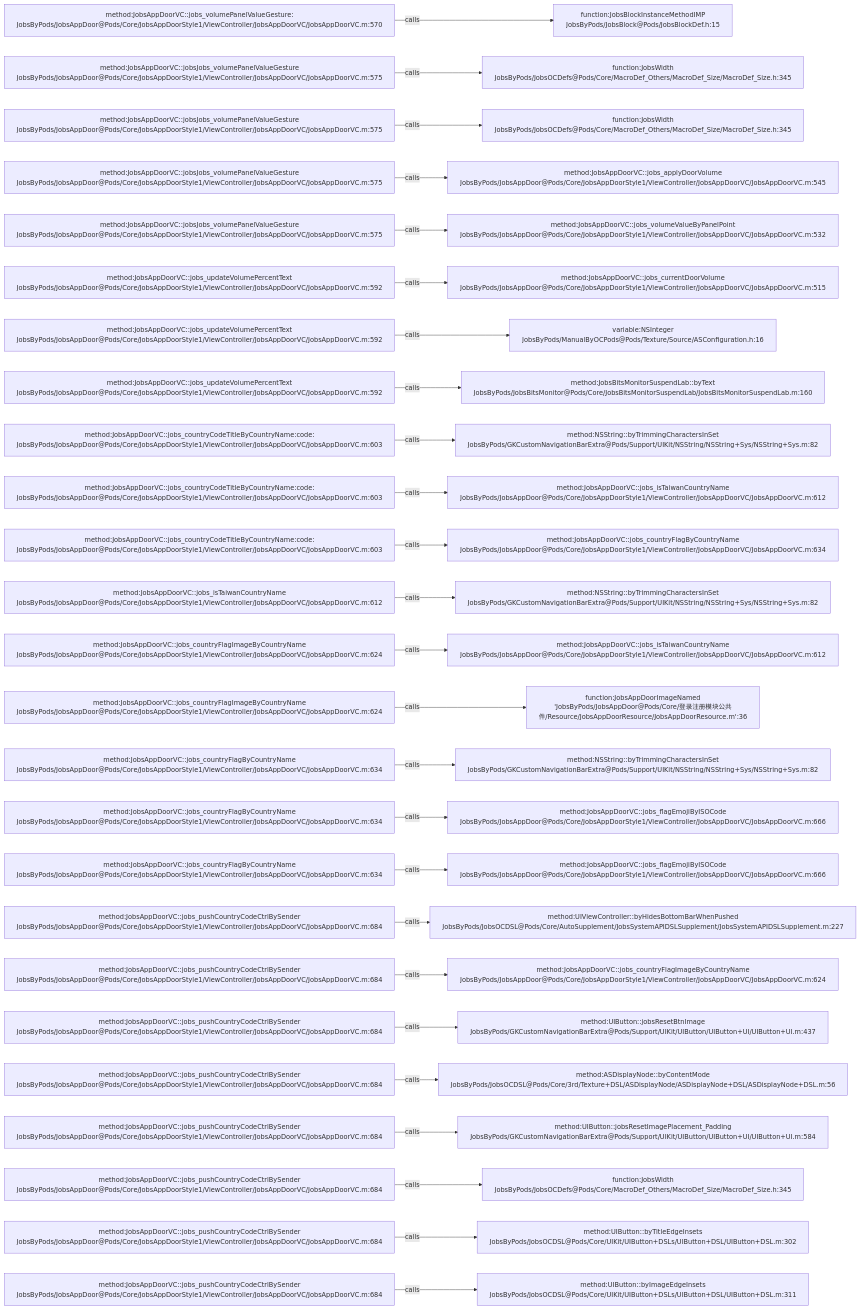
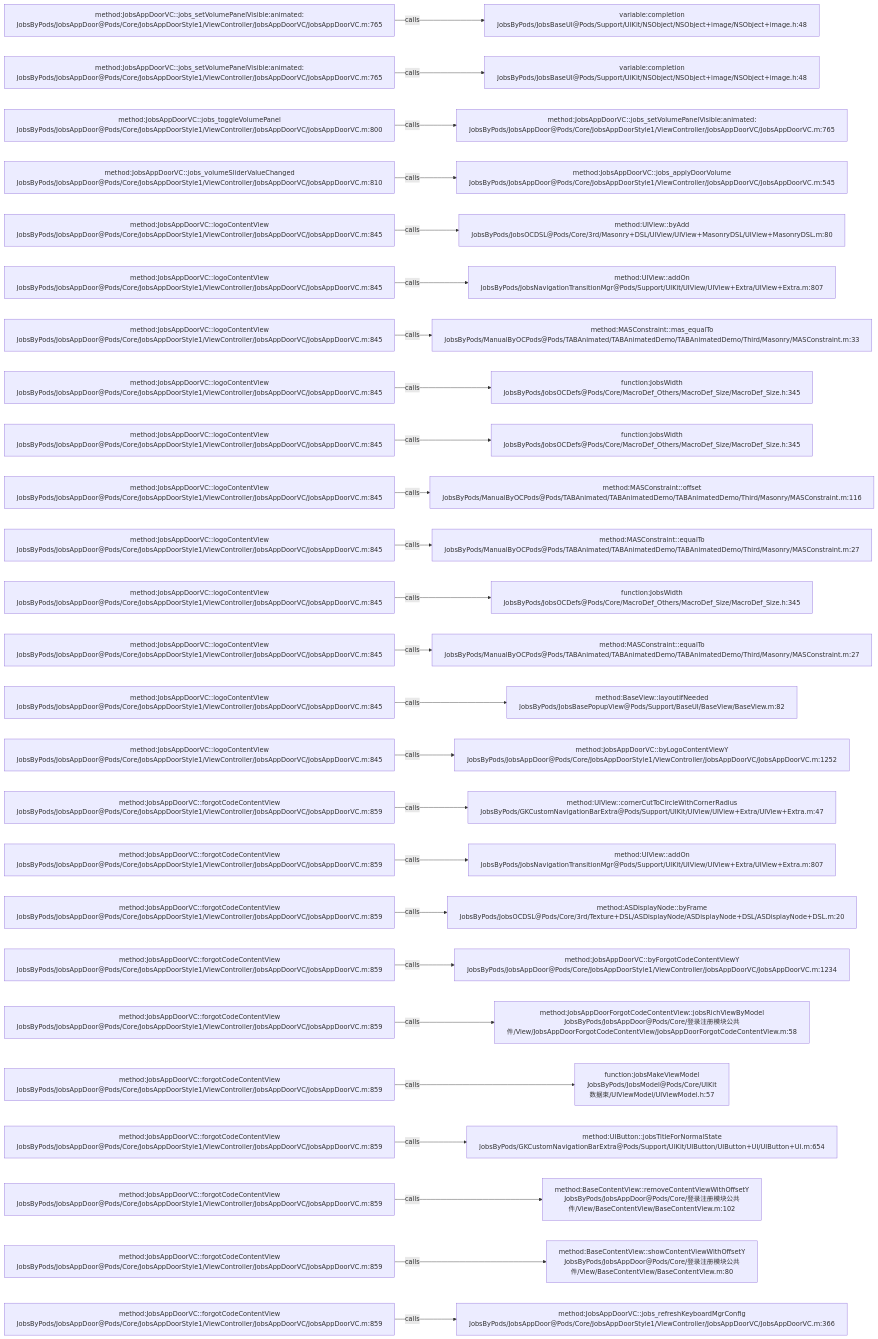
The diagram in .codegraph/codegraph.md/graphs/calls-111.md (JobsKits/JobsOCBaseConfigDemo), drawn with Mermaid before and after one commit. The commit also changed 223 other files, not shown here.

````diff
--- a/.codegraph/codegraph.md/graphs/calls-111.md
+++ b/.codegraph/codegraph.md/graphs/calls-111.md
@@ -13,78 +13,78 @@
 ```mermaid
 flowchart LR
-  S1["method:JobsAppDoorVC::jobs_volumePanelValueGesture:<br/>JobsByPods/JobsAppDoor@Pods/Core/JobsAppDoorStyle1/ViewController/JobsAppDoorVC/JobsAppDoorVC.m:570"]
-  T1["function:JobsBlockInstanceMethodIMP<br/>JobsByPods/JobsBlock@Pods/JobsBlockDef.h:15"]
+  S1["method:JobsAppDoorVC::jobs_setVolumePanelVisible:animated:<br/>JobsByPods/JobsAppDoor@Pods/Core/JobsAppDoorStyle1/ViewController/JobsAppDoorVC/JobsAppDoorVC.m:765"]
+  T1["variable:completion<br/>JobsByPods/JobsBaseUI@Pods/Support/UIKit/NSObject/NSObject+image/NSObject+image.h:48"]
   S1 -->|calls| T1
-  S2["method:JobsAppDoorVC::jobsJobs_volumePanelValueGesture<br/>JobsByPods/JobsAppDoor@Pods/Core/JobsAppDoorStyle1/ViewController/JobsAppDoorVC/JobsAppDoorVC.m:575"]
-  T2["function:JobsWidth<br/>JobsByPods/JobsOCDefs@Pods/Core/MacroDef_Others/MacroDef_Size/MacroDef_Size.h:345"]
+  S2["method:JobsAppDoorVC::jobs_setVolumePanelVisible:animated:<br/>JobsByPods/JobsAppDoor@Pods/Core/JobsAppDoorStyle1/ViewController/JobsAppDoorVC/JobsAppDoorVC.m:765"]
+  T2["variable:completion<br/>JobsByPods/JobsBaseUI@Pods/Support/UIKit/NSObject/NSObject+image/NSObject+image.h:48"]
   S2 -->|calls| T2
-  S3["method:JobsAppDoorVC::jobsJobs_volumePanelValueGesture<br/>JobsByPods/JobsAppDoor@Pods/Core/JobsAppDoorStyle1/ViewController/JobsAppDoorVC/JobsAppDoorVC.m:575"]
-  T3["function:JobsWidth<br/>JobsByPods/JobsOCDefs@Pods/Core/MacroDef_Others/MacroDef_Size/MacroDef_Size.h:345"]
+  S3["method:JobsAppDoorVC::jobs_toggleVolumePanel<br/>JobsByPods/JobsAppDoor@Pods/Core/JobsAppDoorStyle1/ViewController/JobsAppDoorVC/JobsAppDoorVC.m:800"]
+  T3["method:JobsAppDoorVC::jobs_setVolumePanelVisible:animated:<br/>JobsByPods/JobsAppDoor@Pods/Core/JobsAppDoorStyle1/ViewController/JobsAppDoorVC/JobsAppDoorVC.m:765"]
   S3 -->|calls| T3
-  S4["method:JobsAppDoorVC::jobsJobs_volumePanelValueGesture<br/>JobsByPods/JobsAppDoor@Pods/Core/JobsAppDoorStyle1/ViewController/JobsAppDoorVC/JobsAppDoorVC.m:575"]
+  S4["method:JobsAppDoorVC::jobs_volumeSliderValueChanged<br/>JobsByPods/JobsAppDoor@Pods/Core/JobsAppDoorStyle1/ViewController/JobsAppDoorVC/JobsAppDoorVC.m:810"]
   T4["method:JobsAppDoorVC::jobs_applyDoorVolume<br/>JobsByPods/JobsAppDoor@Pods/Core/JobsAppDoorStyle1/ViewController/JobsAppDoorVC/JobsAppDoorVC.m:545"]
   S4 -->|calls| T4
-  S5["method:JobsAppDoorVC::jobsJobs_volumePanelValueGesture<br/>JobsByPods/JobsAppDoor@Pods/Core/JobsAppDoorStyle1/ViewController/JobsAppDoorVC/JobsAppDoorVC.m:575"]
-  T5["method:JobsAppDoorVC::jobs_volumeValueByPanelPoint<br/>JobsByPods/JobsAppDoor@Pods/Core/JobsAppDoorStyle1/ViewController/JobsAppDoorVC/JobsAppDoorVC.m:532"]
+  S5["method:JobsAppDoorVC::logoContentView<br/>JobsByPods/JobsAppDoor@Pods/Core/JobsAppDoorStyle1/ViewController/JobsAppDoorVC/JobsAppDoorVC.m:845"]
+  T5["method:UIView::byAdd<br/>JobsByPods/JobsOCDSL@Pods/Core/3rd/Masonry+DSL/UIView/UIView+MasonryDSL/UIView+MasonryDSL.m:80"]
   S5 -->|calls| T5
-  S6["method:JobsAppDoorVC::jobs_updateVolumePercentText<br/>JobsByPods/JobsAppDoor@Pods/Core/JobsAppDoorStyle1/ViewController/JobsAppDoorVC/JobsAppDoorVC.m:592"]
-  T6["method:JobsAppDoorVC::jobs_currentDoorVolume<br/>JobsByPods/JobsAppDoor@Pods/Core/JobsAppDoorStyle1/ViewController/JobsAppDoorVC/JobsAppDoorVC.m:515"]
+  S6["method:JobsAppDoorVC::logoContentView<br/>JobsByPods/JobsAppDoor@Pods/Core/JobsAppDoorStyle1/ViewController/JobsAppDoorVC/JobsAppDoorVC.m:845"]
+  T6["method:UIView::addOn<br/>JobsByPods/JobsNavigationTransitionMgr@Pods/Support/UIKit/UIView/UIView+Extra/UIView+Extra.m:807"]
   S6 -->|calls| T6
-  S7["method:JobsAppDoorVC::jobs_updateVolumePercentText<br/>JobsByPods/JobsAppDoor@Pods/Core/JobsAppDoorStyle1/ViewController/JobsAppDoorVC/JobsAppDoorVC.m:592"]
-  T7["variable:NSInteger<br/>JobsByPods/ManualByOCPods@Pods/Texture/Source/ASConfiguration.h:16"]
+  S7["method:JobsAppDoorVC::logoContentView<br/>JobsByPods/JobsAppDoor@Pods/Core/JobsAppDoorStyle1/ViewController/JobsAppDoorVC/JobsAppDoorVC.m:845"]
+  T7["method:MASConstraint::mas_equalTo<br/>JobsByPods/ManualByOCPods@Pods/TABAnimated/TABAnimatedDemo/TABAnimatedDemo/Third/Masonry/MASConstraint.m:33"]
   S7 -->|calls| T7
-  S8["method:JobsAppDoorVC::jobs_updateVolumePercentText<br/>JobsByPods/JobsAppDoor@Pods/Core/JobsAppDoorStyle1/ViewController/JobsAppDoorVC/JobsAppDoorVC.m:592"]
-  T8["method:JobsBitsMonitorSuspendLab::byText<br/>JobsByPods/JobsBitsMonitor@Pods/Core/JobsBitsMonitorSuspendLab/JobsBitsMonitorSuspendLab.m:160"]
+  S8["method:JobsAppDoorVC::logoContentView<br/>JobsByPods/JobsAppDoor@Pods/Core/JobsAppDoorStyle1/ViewController/JobsAppDoorVC/JobsAppDoorVC.m:845"]
+  T8["function:JobsWidth<br/>JobsByPods/JobsOCDefs@Pods/Core/MacroDef_Others/MacroDef_Size/MacroDef_Size.h:345"]
   S8 -->|calls| T8
-  S9["method:JobsAppDoorVC::jobs_countryCodeTitleByCountryName:code:<br/>JobsByPods/JobsAppDoor@Pods/Core/JobsAppDoorStyle1/ViewController/JobsAppDoorVC/JobsAppDoorVC.m:603"]
-  T9["method:NSString::byTrimmingCharactersInSet<br/>JobsByPods/GKCustomNavigationBarExtra@Pods/Support/UIKit/NSString/NSString+Sys/NSString+Sys.m:82"]
+  S9["method:JobsAppDoorVC::logoContentView<br/>JobsByPods/JobsAppDoor@Pods/Core/JobsAppDoorStyle1/ViewController/JobsAppDoorVC/JobsAppDoorVC.m:845"]
+  T9["function:JobsWidth<br/>JobsByPods/JobsOCDefs@Pods/Core/MacroDef_Others/MacroDef_Size/MacroDef_Size.h:345"]
   S9 -->|calls| T9
-  S10["method:JobsAppDoorVC::jobs_countryCodeTitleByCountryName:code:<br/>JobsByPods/JobsAppDoor@Pods/Core/JobsAppDoorStyle1/ViewController/JobsAppDoorVC/JobsAppDoorVC.m:603"]
-  T10["method:JobsAppDoorVC::jobs_isTaiwanCountryName<br/>JobsByPods/JobsAppDoor@Pods/Core/JobsAppDoorStyle1/ViewController/JobsAppDoorVC/JobsAppDoorVC.m:612"]
+  S10["method:JobsAppDoorVC::logoContentView<br/>JobsByPods/JobsAppDoor@Pods/Core/JobsAppDoorStyle1/ViewController/JobsAppDoorVC/JobsAppDoorVC.m:845"]
+  T10["method:MASConstraint::offset<br/>JobsByPods/ManualByOCPods@Pods/TABAnimated/TABAnimatedDemo/TABAnimatedDemo/Third/Masonry/MASConstraint.m:116"]
   S10 -->|calls| T10
-  S11["method:JobsAppDoorVC::jobs_countryCodeTitleByCountryName:code:<br/>JobsByPods/JobsAppDoor@Pods/Core/JobsAppDoorStyle1/ViewController/JobsAppDoorVC/JobsAppDoorVC.m:603"]
-  T11["method:JobsAppDoorVC::jobs_countryFlagByCountryName<br/>JobsByPods/JobsAppDoor@Pods/Core/JobsAppDoorStyle1/ViewController/JobsAppDoorVC/JobsAppDoorVC.m:634"]
+  S11["method:JobsAppDoorVC::logoContentView<br/>JobsByPods/JobsAppDoor@Pods/Core/JobsAppDoorStyle1/ViewController/JobsAppDoorVC/JobsAppDoorVC.m:845"]
+  T11["method:MASConstraint::equalTo<br/>JobsByPods/ManualByOCPods@Pods/TABAnimated/TABAnimatedDemo/TABAnimatedDemo/Third/Masonry/MASConstraint.m:27"]
   S11 -->|calls| T11
-  S12["method:JobsAppDoorVC::jobs_isTaiwanCountryName<br/>JobsByPods/JobsAppDoor@Pods/Core/JobsAppDoorStyle1/ViewController/JobsAppDoorVC/JobsAppDoorVC.m:612"]
-  T12["method:NSString::byTrimmingCharactersInSet<br/>JobsByPods/GKCustomNavigationBarExtra@Pods/Support/UIKit/NSString/NSString+Sys/NSString+Sys.m:82"]
+  S12["method:JobsAppDoorVC::logoContentView<br/>JobsByPods/JobsAppDoor@Pods/Core/JobsAppDoorStyle1/ViewController/JobsAppDoorVC/JobsAppDoorVC.m:845"]
+  T12["function:JobsWidth<br/>JobsByPods/JobsOCDefs@Pods/Core/MacroDef_Others/MacroDef_Size/MacroDef_Size.h:345"]
   S12 -->|calls| T12
-  S13["method:JobsAppDoorVC::jobs_countryFlagImageByCountryName<br/>JobsByPods/JobsAppDoor@Pods/Core/JobsAppDoorStyle1/ViewController/JobsAppDoorVC/JobsAppDoorVC.m:624"]
-  T13["method:JobsAppDoorVC::jobs_isTaiwanCountryName<br/>JobsByPods/JobsAppDoor@Pods/Core/JobsAppDoorStyle1/ViewController/JobsAppDoorVC/JobsAppDoorVC.m:612"]
+  S13["method:JobsAppDoorVC::logoContentView<br/>JobsByPods/JobsAppDoor@Pods/Core/JobsAppDoorStyle1/ViewController/JobsAppDoorVC/JobsAppDoorVC.m:845"]
+  T13["method:MASConstraint::equalTo<br/>JobsByPods/ManualByOCPods@Pods/TABAnimated/TABAnimatedDemo/TABAnimatedDemo/Third/Masonry/MASConstraint.m:27"]
   S13 -->|calls| T13
-  S14["method:JobsAppDoorVC::jobs_countryFlagImageByCountryName<br/>JobsByPods/JobsAppDoor@Pods/Core/JobsAppDoorStyle1/ViewController/JobsAppDoorVC/JobsAppDoorVC.m:624"]
-  T14["function:JobsAppDoorImageNamed<br/>'JobsByPods/JobsAppDoor@Pods/Core/登录注册模块公共件/Resource/JobsAppDoorResource/JobsAppDoorResource.m':36"]
+  S14["method:JobsAppDoorVC::logoContentView<br/>JobsByPods/JobsAppDoor@Pods/Core/JobsAppDoorStyle1/ViewController/JobsAppDoorVC/JobsAppDoorVC.m:845"]
+  T14["method:BaseView::layoutIfNeeded<br/>JobsByPods/JobsBasePopupView@Pods/Support/BaseUI/BaseView/BaseView.m:82"]
   S14 -->|calls| T14
-  S15["method:JobsAppDoorVC::jobs_countryFlagByCountryName<br/>JobsByPods/JobsAppDoor@Pods/Core/JobsAppDoorStyle1/ViewController/JobsAppDoorVC/JobsAppDoorVC.m:634"]
-  T15["method:NSString::byTrimmingCharactersInSet<br/>JobsByPods/GKCustomNavigationBarExtra@Pods/Support/UIKit/NSString/NSString+Sys/NSString+Sys.m:82"]
+  S15["method:JobsAppDoorVC::logoContentView<br/>JobsByPods/JobsAppDoor@Pods/Core/JobsAppDoorStyle1/ViewController/JobsAppDoorVC/JobsAppDoorVC.m:845"]
+  T15["method:JobsAppDoorVC::byLogoContentViewY<br/>JobsByPods/JobsAppDoor@Pods/Core/JobsAppDoorStyle1/ViewController/JobsAppDoorVC/JobsAppDoorVC.m:1252"]
   S15 -->|calls| T15
-  S16["method:JobsAppDoorVC::jobs_countryFlagByCountryName<br/>JobsByPods/JobsAppDoor@Pods/Core/JobsAppDoorStyle1/ViewController/JobsAppDoorVC/JobsAppDoorVC.m:634"]
-  T16["method:JobsAppDoorVC::jobs_flagEmojiByISOCode<br/>JobsByPods/JobsAppDoor@Pods/Core/JobsAppDoorStyle1/ViewController/JobsAppDoorVC/JobsAppDoorVC.m:666"]
+  S16["method:JobsAppDoorVC::forgotCodeContentView<br/>JobsByPods/JobsAppDoor@Pods/Core/JobsAppDoorStyle1/ViewController/JobsAppDoorVC/JobsAppDoorVC.m:859"]
+  T16["method:UIView::cornerCutToCircleWithCornerRadius<br/>JobsByPods/GKCustomNavigationBarExtra@Pods/Support/UIKit/UIView/UIView+Extra/UIView+Extra.m:47"]
   S16 -->|calls| T16
-  S17["method:JobsAppDoorVC::jobs_countryFlagByCountryName<br/>JobsByPods/JobsAppDoor@Pods/Core/JobsAppDoorStyle1/ViewController/JobsAppDoorVC/JobsAppDoorVC.m:634"]
-  T17["method:JobsAppDoorVC::jobs_flagEmojiByISOCode<br/>JobsByPods/JobsAppDoor@Pods/Core/JobsAppDoorStyle1/ViewController/JobsAppDoorVC/JobsAppDoorVC.m:666"]
+  S17["method:JobsAppDoorVC::forgotCodeContentView<br/>JobsByPods/JobsAppDoor@Pods/Core/JobsAppDoorStyle1/ViewController/JobsAppDoorVC/JobsAppDoorVC.m:859"]
+  T17["method:UIView::addOn<br/>JobsByPods/JobsNavigationTransitionMgr@Pods/Support/UIKit/UIView/UIView+Extra/UIView+Extra.m:807"]
   S17 -->|calls| T17
-  S18["method:JobsAppDoorVC::jobs_pushCountryCodeCtrlBySender<br/>JobsByPods/JobsAppDoor@Pods/Core/JobsAppDoorStyle1/ViewController/JobsAppDoorVC/JobsAppDoorVC.m:684"]
-  T18["method:UIViewController::byHidesBottomBarWhenPushed<br/>JobsByPods/JobsOCDSL@Pods/Core/AutoSupplement/JobsSystemAPIDSLSupplement/JobsSystemAPIDSLSupplement.m:227"]
+  S18["method:JobsAppDoorVC::forgotCodeContentView<br/>JobsByPods/JobsAppDoor@Pods/Core/JobsAppDoorStyle1/ViewController/JobsAppDoorVC/JobsAppDoorVC.m:859"]
+  T18["method:ASDisplayNode::byFrame<br/>JobsByPods/JobsOCDSL@Pods/Core/3rd/Texture+DSL/ASDisplayNode/ASDisplayNode+DSL/ASDisplayNode+DSL.m:20"]
   S18 -->|calls| T18
-  S19["method:JobsAppDoorVC::jobs_pushCountryCodeCtrlBySender<br/>JobsByPods/JobsAppDoor@Pods/Core/JobsAppDoorStyle1/ViewController/JobsAppDoorVC/JobsAppDoorVC.m:684"]
-  T19["method:JobsAppDoorVC::jobs_countryFlagImageByCountryName<br/>JobsByPods/JobsAppDoor@Pods/Core/JobsAppDoorStyle1/ViewController/JobsAppDoorVC/JobsAppDoorVC.m:624"]
+  S19["method:JobsAppDoorVC::forgotCodeContentView<br/>JobsByPods/JobsAppDoor@Pods/Core/JobsAppDoorStyle1/ViewController/JobsAppDoorVC/JobsAppDoorVC.m:859"]
+  T19["method:JobsAppDoorVC::byForgotCodeContentViewY<br/>JobsByPods/JobsAppDoor@Pods/Core/JobsAppDoorStyle1/ViewController/JobsAppDoorVC/JobsAppDoorVC.m:1234"]
   S19 -->|calls| T19
-  S20["method:JobsAppDoorVC::jobs_pushCountryCodeCtrlBySender<br/>JobsByPods/JobsAppDoor@Pods/Core/JobsAppDoorStyle1/ViewController/JobsAppDoorVC/JobsAppDoorVC.m:684"]
-  T20["method:UIButton::jobsResetBtnImage<br/>JobsByPods/GKCustomNavigationBarExtra@Pods/Support/UIKit/UIButton/UIButton+UI/UIButton+UI.m:437"]
+  S20["method:JobsAppDoorVC::forgotCodeContentView<br/>JobsByPods/JobsAppDoor@Pods/Core/JobsAppDoorStyle1/ViewController/JobsAppDoorVC/JobsAppDoorVC.m:859"]
+  T20["method:JobsAppDoorForgotCodeContentView::jobsRichViewByModel<br/>JobsByPods/JobsAppDoor@Pods/Core/登录注册模块公共件/View/JobsAppDoorForgotCodeContentView/JobsAppDoorForgotCodeContentView.m:58"]
   S20 -->|calls| T20
-  S21["method:JobsAppDoorVC::jobs_pushCountryCodeCtrlBySender<br/>JobsByPods/JobsAppDoor@Pods/Core/JobsAppDoorStyle1/ViewController/JobsAppDoorVC/JobsAppDoorVC.m:684"]
-  T21["method:ASDisplayNode::byContentMode<br/>JobsByPods/JobsOCDSL@Pods/Core/3rd/Texture+DSL/ASDisplayNode/ASDisplayNode+DSL/ASDisplayNode+DSL.m:56"]
+  S21["method:JobsAppDoorVC::forgotCodeContentView<br/>JobsByPods/JobsAppDoor@Pods/Core/JobsAppDoorStyle1/ViewController/JobsAppDoorVC/JobsAppDoorVC.m:859"]
+  T21["function:jobsMakeViewModel<br/>JobsByPods/JobsModel@Pods/Core/UIKit数据束/UIViewModel/UIViewModel.h:57"]
   S21 -->|calls| T21
-  S22["method:JobsAppDoorVC::jobs_pushCountryCodeCtrlBySender<br/>JobsByPods/JobsAppDoor@Pods/Core/JobsAppDoorStyle1/ViewController/JobsAppDoorVC/JobsAppDoorVC.m:684"]
-  T22["method:UIButton::jobsResetImagePlacement_Padding<br/>JobsByPods/GKCustomNavigationBarExtra@Pods/Support/UIKit/UIButton/UIButton+UI/UIButton+UI.m:584"]
+  S22["method:JobsAppDoorVC::forgotCodeContentView<br/>JobsByPods/JobsAppDoor@Pods/Core/JobsAppDoorStyle1/ViewController/JobsAppDoorVC/JobsAppDoorVC.m:859"]
+  T22["method:UIButton::jobsTitleForNormalState<br/>JobsByPods/GKCustomNavigationBarExtra@Pods/Support/UIKit/UIButton/UIButton+UI/UIButton+UI.m:654"]
   S22 -->|calls| T22
-  S23["method:JobsAppDoorVC::jobs_pushCountryCodeCtrlBySender<br/>JobsByPods/JobsAppDoor@Pods/Core/JobsAppDoorStyle1/ViewController/JobsAppDoorVC/JobsAppDoorVC.m:684"]
-  T23["function:JobsWidth<br/>JobsByPods/JobsOCDefs@Pods/Core/MacroDef_Others/MacroDef_Size/MacroDef_Size.h:345"]
+  S23["method:JobsAppDoorVC::forgotCodeContentView<br/>JobsByPods/JobsAppDoor@Pods/Core/JobsAppDoorStyle1/ViewController/JobsAppDoorVC/JobsAppDoorVC.m:859"]
+  T23["method:BaseContentView::removeContentViewWithOffsetY<br/>JobsByPods/JobsAppDoor@Pods/Core/登录注册模块公共件/View/BaseContentView/BaseContentView.m:102"]
   S23 -->|calls| T23
-  S24["method:JobsAppDoorVC::jobs_pushCountryCodeCtrlBySender<br/>JobsByPods/JobsAppDoor@Pods/Core/JobsAppDoorStyle1/ViewController/JobsAppDoorVC/JobsAppDoorVC.m:684"]
-  T24["method:UIButton::byTitleEdgeInsets<br/>JobsByPods/JobsOCDSL@Pods/Core/UIKit/UIButton+DSLs/UIButton+DSL/UIButton+DSL.m:302"]
+  S24["method:JobsAppDoorVC::forgotCodeContentView<br/>JobsByPods/JobsAppDoor@Pods/Core/JobsAppDoorStyle1/ViewController/JobsAppDoorVC/JobsAppDoorVC.m:859"]
+  T24["method:BaseContentView::showContentViewWithOffsetY<br/>JobsByPods/JobsAppDoor@Pods/Core/登录注册模块公共件/View/BaseContentView/BaseContentView.m:80"]
   S24 -->|calls| T24
-  S25["method:JobsAppDoorVC::jobs_pushCountryCodeCtrlBySender<br/>JobsByPods/JobsAppDoor@Pods/Core/JobsAppDoorStyle1/ViewController/JobsAppDoorVC/JobsAppDoorVC.m:684"]
-  T25["method:UIButton::byImageEdgeInsets<br/>JobsByPods/JobsOCDSL@Pods/Core/UIKit/UIButton+DSLs/UIButton+DSL/UIButton+DSL.m:311"]
+  S25["method:JobsAppDoorVC::forgotCodeContentView<br/>JobsByPods/JobsAppDoor@Pods/Core/JobsAppDoorStyle1/ViewController/JobsAppDoorVC/JobsAppDoorVC.m:859"]
+  T25["method:JobsAppDoorVC::jobs_refreshKeyboardMgrConfig<br/>JobsByPods/JobsAppDoor@Pods/Core/JobsAppDoorStyle1/ViewController/JobsAppDoorVC/JobsAppDoorVC.m:366"]
   S25 -->|calls| T25
 ```
````
